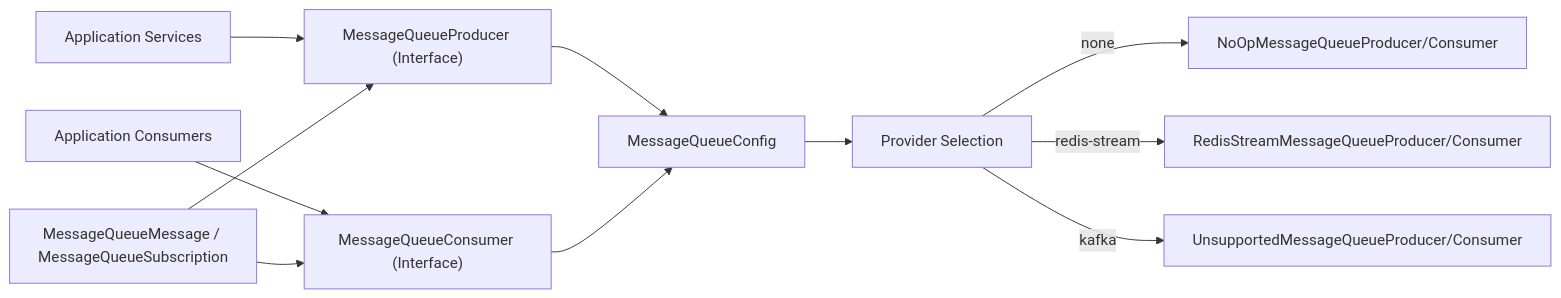
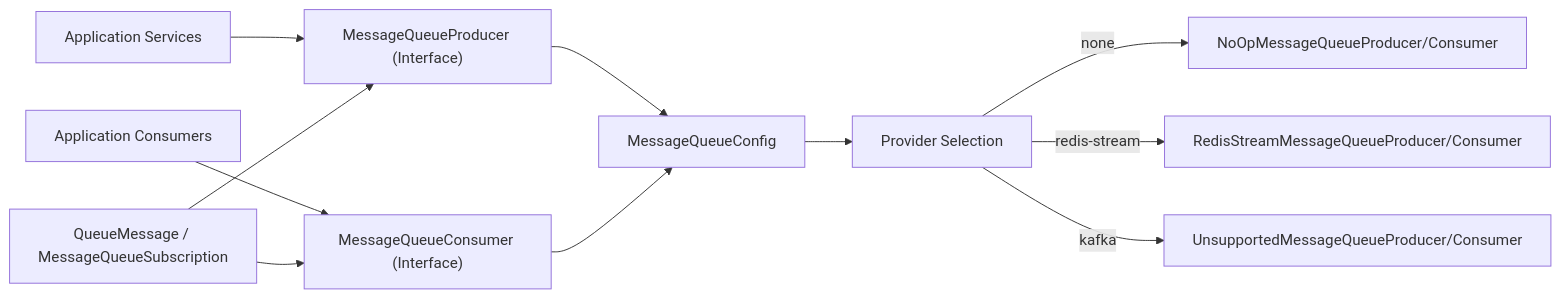
The first of 4 diagrams in docs/spec/tech/message-queue/README.md (100-hours-a-week/3-team-Tasteam-be), drawn with Mermaid before and after one commit. The commit also changed other lines of this file and 52 other files, not shown here.

````diff
--- a/docs/spec/tech/message-queue/README.md
+++ b/docs/spec/tech/message-queue/README.md
@@ -48,15 +48,15 @@
 ```mermaid
 flowchart LR
     A["Application Services"] --> B["MessageQueueProducer (Interface)"]
     C["Application Consumers"] --> D["MessageQueueConsumer (Interface)"]
 
     E["MessageQueueConfig"] --> F["Provider Selection"]
     F -->|"none"| G["NoOpMessageQueueProducer/Consumer"]
     F -->|"redis-stream"| H["RedisStreamMessageQueueProducer/Consumer"]
     F -->|"kafka"| I["UnsupportedMessageQueueProducer/Consumer"]
 
     B --> E
     D --> E
-    J["MessageQueueMessage / MessageQueueSubscription"] --> B
+    J["QueueMessage / MessageQueueSubscription"] --> B
     J --> D
 ```
````
